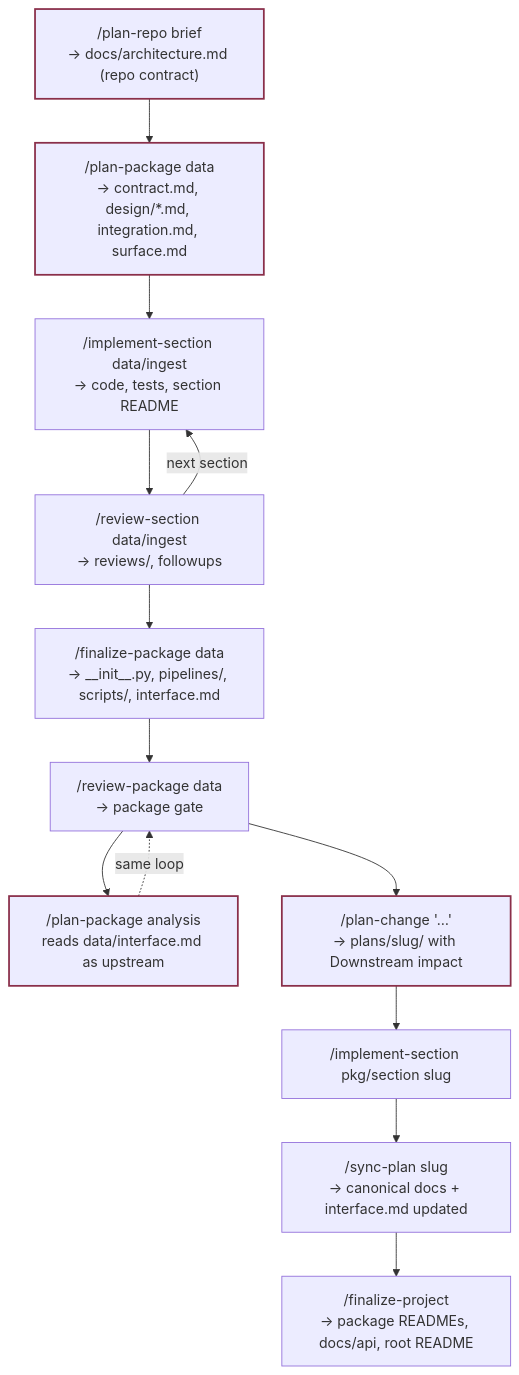
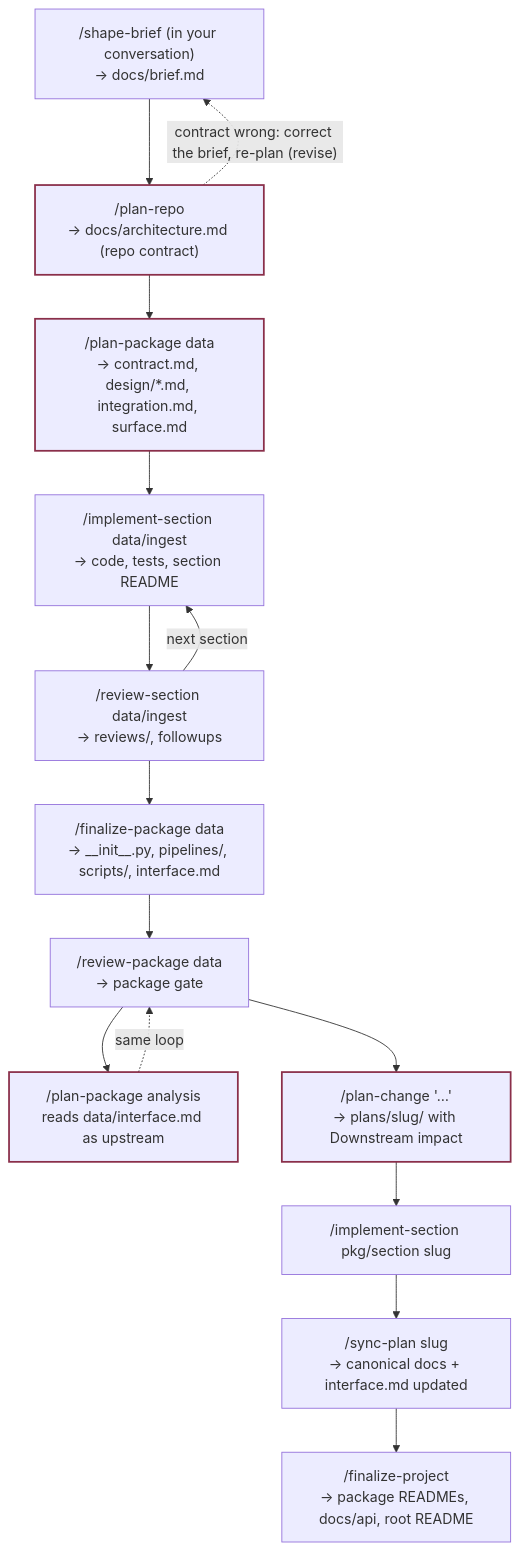
Before and after one commit to cott435/cott-plugins: the second of 3 diagrams in dev-team/site/flow.md, drawn with Mermaid. The commit also changed other lines of this file and 27 other files, not shown here.

Commit message:
dev-team 0.2.0: shape-brief, plan-repo revise mode, covers column; plugin-dev 0.2.0: builder classifies inline skills as workflow steps

````diff
--- a/dev-team/site/flow.md
+++ b/dev-team/site/flow.md
@@ -44,18 +44,21 @@
 ```mermaid
 flowchart TD
-  A["/plan-repo brief<br/>→ docs/architecture.md (repo contract)"]
+  S["/shape-brief (in your conversation)<br/>→ docs/brief.md"]
+  S --> A
+  A["/plan-repo<br/>→ docs/architecture.md (repo contract)"]
+  A -. "contract wrong: correct the brief, re-plan (revise)" .-> S
   A --> B["/plan-package data<br/>→ contract.md, design/*.md, integration.md, surface.md"]
   B --> C["/implement-section data/ingest<br/>→ code, tests, section README"]
   C --> D["/review-section data/ingest<br/>→ reviews/, followups"]
   D -->|next section| C
   D --> E["/finalize-package data<br/>→ __init__.py, pipelines/, scripts/, interface.md"]
   E --> F["/review-package data<br/>→ package gate"]
   F --> G["/plan-package analysis<br/>reads data/interface.md as upstream"]
   G -.->|same loop| F
   F --> H["/plan-change '…'<br/>→ plans/slug/ with Downstream impact"]
   H --> I["/implement-section pkg/section slug"]
   I --> J["/sync-plan slug<br/>→ canonical docs + interface.md updated"]
   J --> K["/finalize-project<br/>→ package READMEs, docs/api, root README"]
   classDef stop stroke:#8a2f4a,stroke-width:2px;
   class A,B,G,H stop;
 ```
````
